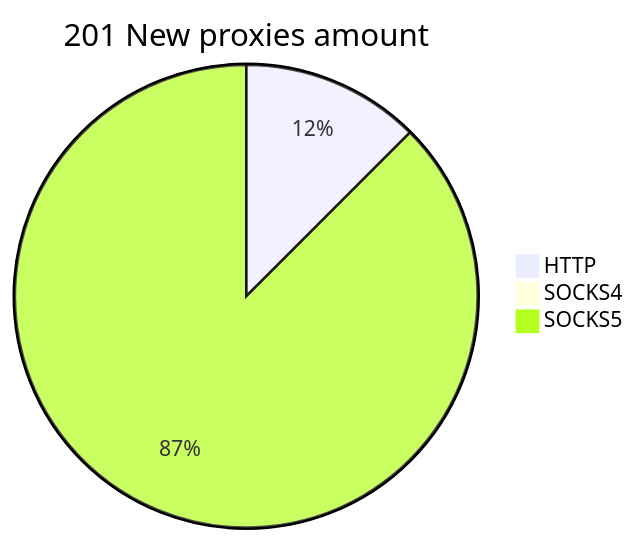
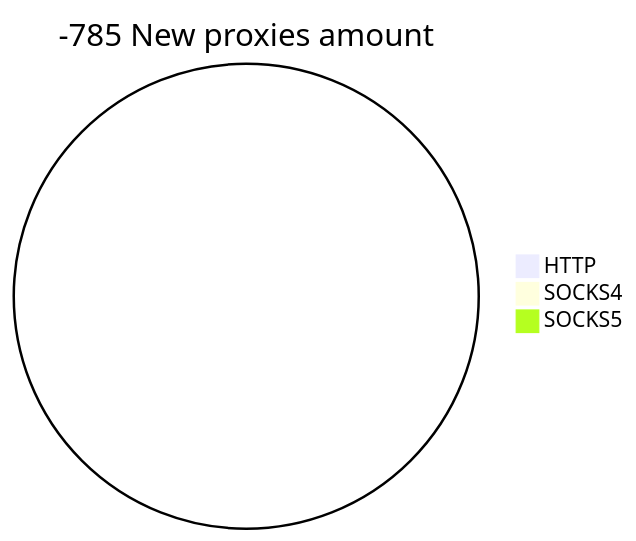
The second of 2 diagrams in README.md (cutipu/proxylist), drawn with Mermaid before and after one commit. The commit also changed other lines of this file, not shown here.

````diff
--- a/README.md
+++ b/README.md
@@ -10,6 +10,6 @@
 ```mermaid
-pie title 201 New proxies amount
-    "HTTP" : 25
-    "SOCKS4" : 1
-    "SOCKS5" : 175
+pie title -785 New proxies amount
+    "HTTP" : 0
+    "SOCKS4" : 0
+    "SOCKS5" : 0
 ```
````
